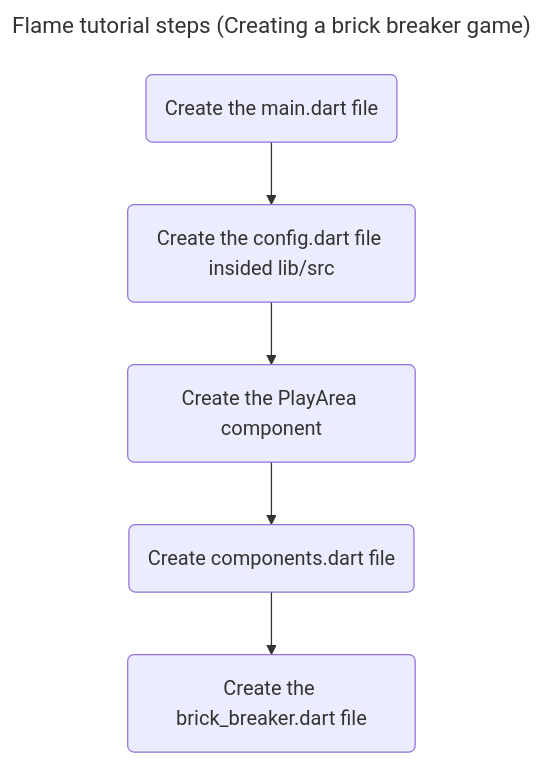
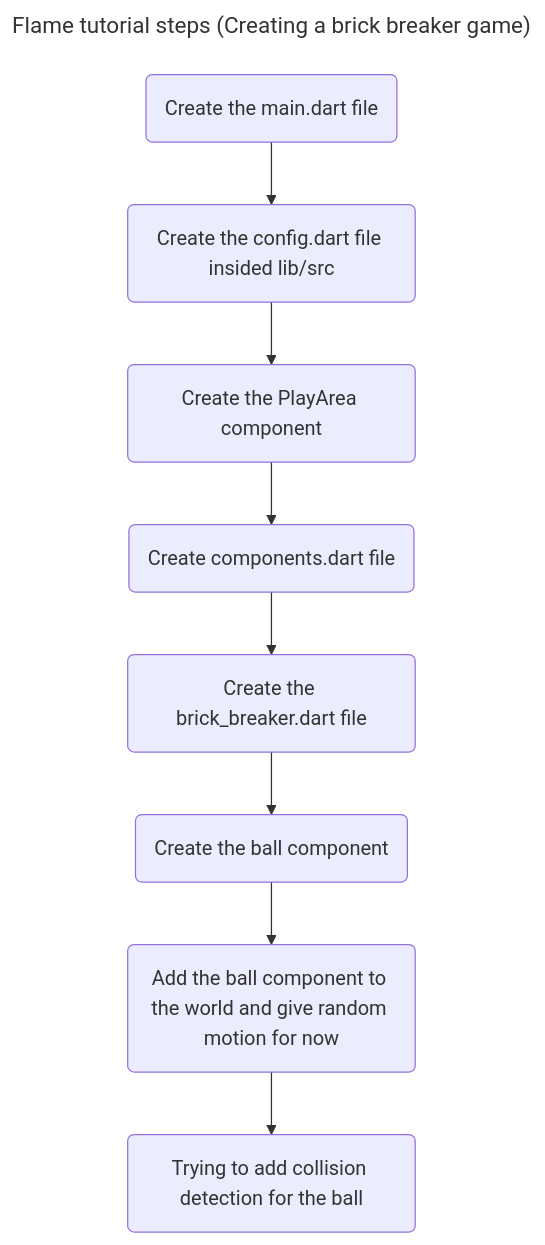
One commit to jydv402/brick_breaker_flame changed the diagram in steps.md. Above: the diagram before and after it, drawn with Mermaid. The commit also changed other lines of this file and 3 other files, not shown here.

Commit message:
Added collision detection and direction change

````diff
--- a/steps.md
+++ b/steps.md
@@ -1,18 +1,24 @@
 ```mermaid
 ---
 title: Flame tutorial steps (Creating a brick breaker game)
 ---
 flowchart TD
     id1(Create the main.dart file)
     id2(Create the config.dart file insided lib/src)
     id3(Create the PlayArea component)
     id4(Create components.dart file)
     id5(Create the brick_breaker.dart file)
+    id6(Create the ball component)
+    id7(Add the ball component to the world and give random motion for now)
+    id8(Trying to add collision detection for the ball)
 
 
     id1 --> id2
     id2 --> id3
     id3 --> id4
     id4 --> id5
+    id5 --> id6
+    id6 --> id7
+    id7 --> id8
 
 ```
````
